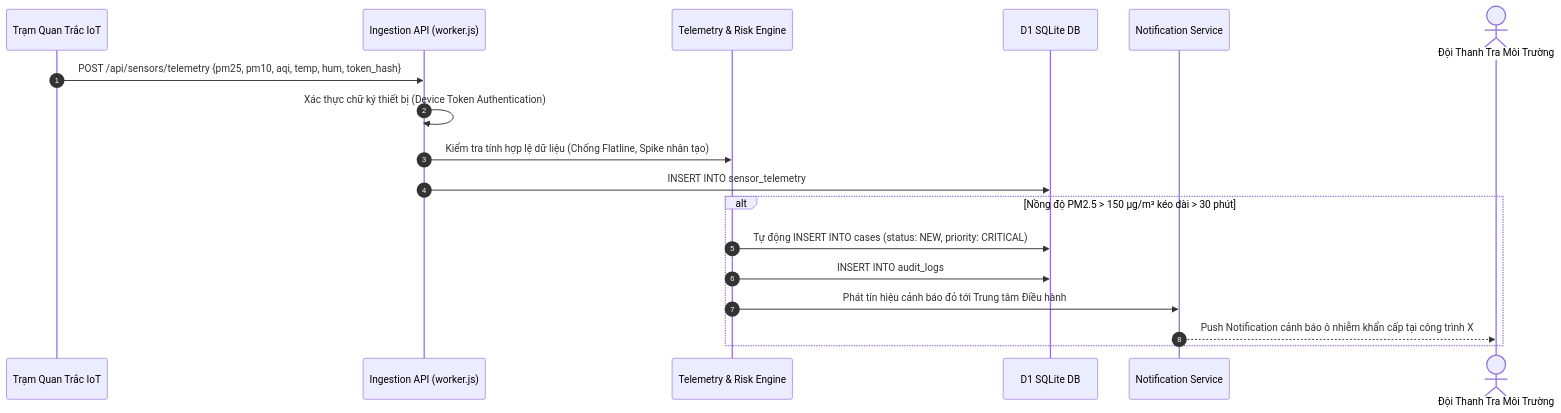
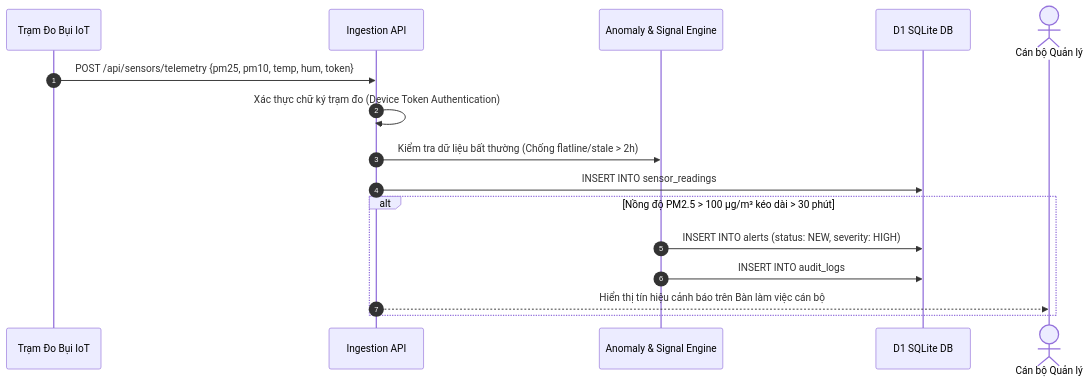
One commit to 26730023-PhamPhuNguyenHung/unicef-dustguard changed the second of 6 diagrams in .agents/ssot/USER_FLOWS.md. Above: the diagram before and after it, drawn with Mermaid. The commit also changed other lines of this file and 6 other files, not shown here.

````diff
--- a/.agents/ssot/USER_FLOWS.md
+++ b/.agents/ssot/USER_FLOWS.md
@@ -45,21 +40,19 @@
 ```mermaid
 sequenceDiagram
     autonumber
-    participant Device as Trạm Quan Trắc IoT
-    participant API as Ingestion API (worker.js)
-    participant Engine as Telemetry & Risk Engine
+    participant Station as Trạm Đo Bụi IoT
+    participant API as Ingestion API
+    participant Engine as Anomaly & Signal Engine
     participant D1 as D1 SQLite DB
-    participant Notify as Notification Service
-    actor Staff as Đội Thanh Tra Môi Trường
+    actor Staff as Cán bộ Quản lý
 
-    Device->>API: POST /api/sensors/telemetry {pm25, pm10, aqi, temp, hum, token_hash}
-    API->>API: Xác thực chữ ký thiết bị (Device Token Authentication)
-    API->>Engine: Kiểm tra tính hợp lệ dữ liệu (Chống Flatline, Spike nhân tạo)
-    API->>D1: INSERT INTO sensor_telemetry
-    alt Nồng độ PM2.5 > 150 µg/m³ kéo dài > 30 phút
-        Engine->>D1: Tự động INSERT INTO cases (status: NEW, priority: CRITICAL)
+    Station->>API: POST /api/sensors/telemetry {pm25, pm10, temp, hum, token}
+    API->>API: Xác thực chữ ký trạm đo (Device Token Authentication)
+    API->>Engine: Kiểm tra dữ liệu bất thường (Chống flatline/stale > 2h)
+    API->>D1: INSERT INTO sensor_readings
+    alt Nồng độ PM2.5 > 100 µg/m³ kéo dài > 30 phút
+        Engine->>D1: INSERT INTO alerts (status: NEW, severity: HIGH)
         Engine->>D1: INSERT INTO audit_logs
-        Engine->>Notify: Phát tín hiệu cảnh báo đỏ tới Trung tâm Điều hành
-        Notify-->>Staff: Push Notification cảnh báo ô nhiễm khẩn cấp tại công trình X
+        API-->>Staff: Hiển thị tín hiệu cảnh báo trên Bàn làm việc cán bộ
     end
 ```
````
